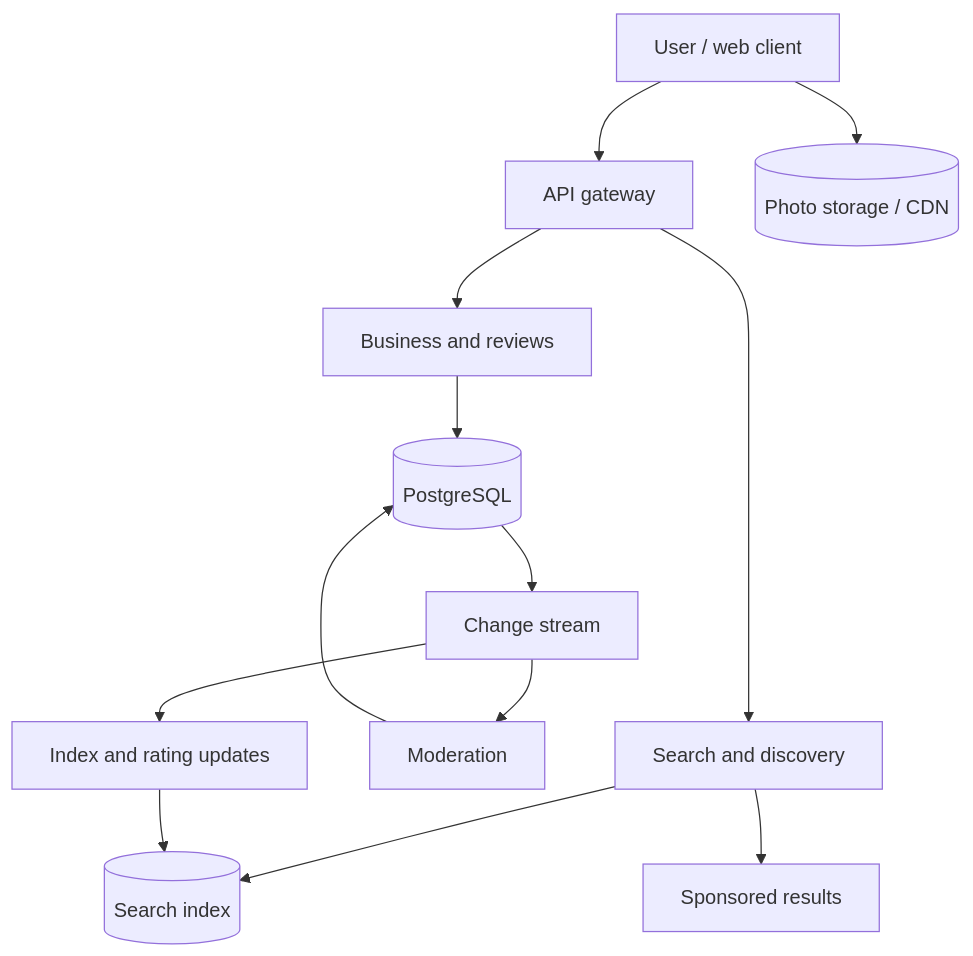
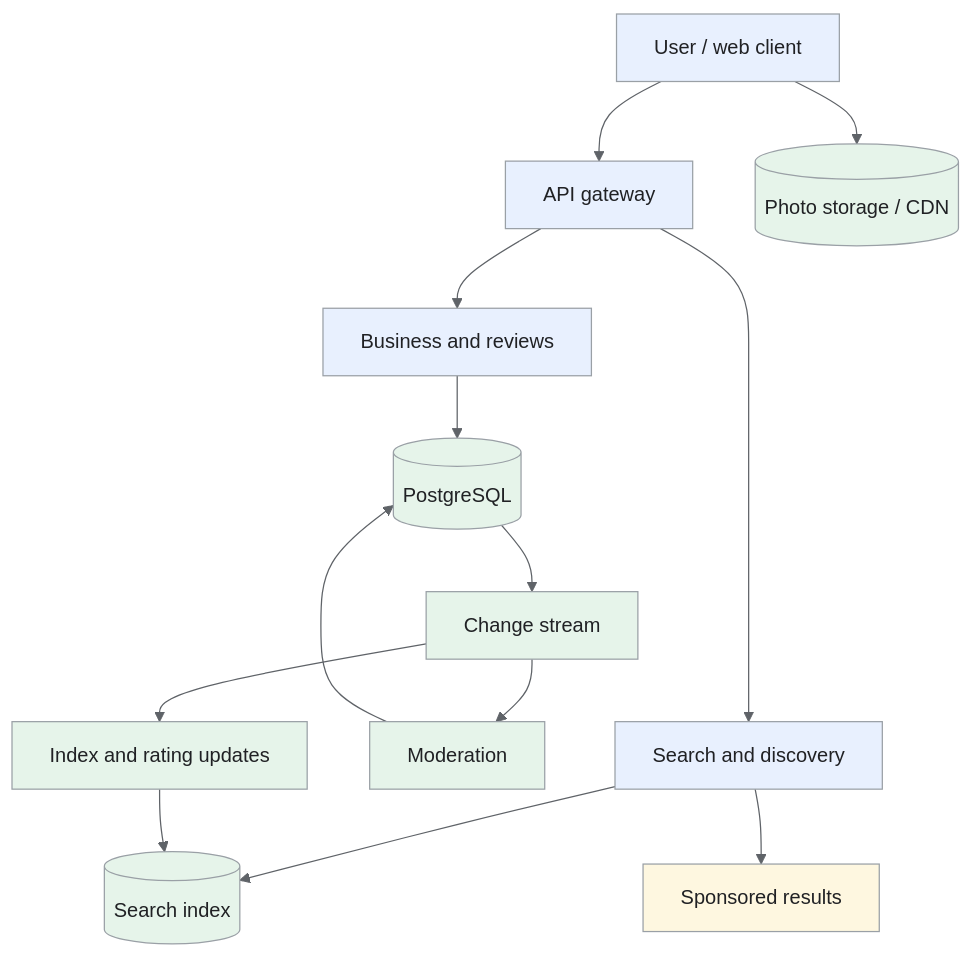
Before and after one commit to iliazlobin/iliazlobin.github.io: the first of 4 diagrams in _designs/yelp.md, drawn with Mermaid. The commit also changed other lines of this file and 25 other files, not shown here.

Commit message:
docs: explain Batch B design flows and tradeoffs

````diff
--- a/_designs/yelp.md
+++ b/_designs/yelp.md
@@ -138,15 +151,23 @@
 ```mermaid
+%%{init: {'theme':'base','themeVariables':{'primaryColor':'#e8f0fe','primaryTextColor':'#202124','primaryBorderColor':'#9aa0a6','lineColor':'#5f6368','secondaryColor':'#e6f4ea','tertiaryColor':'#fef7e0','actorBkg':'#e8f0fe','actorBorder':'#9aa0a6','actorTextColor':'#202124','noteBkgColor':'#fef7e0','noteTextColor':'#202124','noteBorderColor':'#9aa0a6','signalColor':'#5f6368','signalTextColor':'#202124','labelBoxBkgColor':'#fef7e0','labelBoxBorderColor':'#9aa0a6'}}}%%
 flowchart TB
   U["User / web client"] --> API["API gateway"]
   API --> S["Search and discovery"]
   API --> B["Business and reviews"]
   S --> IDX[("Search index")]
   S --> ADS["Sponsored results"]
   B --> PG[("PostgreSQL")]
   U --> OBJ[("Photo storage / CDN")]
   PG --> CDC["Change stream"]
   CDC --> MOD["Moderation"]
   CDC --> IX["Index and rating updates"]
   MOD --> PG
   IX --> IDX
+classDef request fill:#e8f0fe,stroke:#9aa0a6,color:#202124;
+classDef data fill:#e6f4ea,stroke:#9aa0a6,color:#202124;
+classDef control fill:#fef7e0,stroke:#9aa0a6,color:#202124;
+class U,API,S,B request;
+class IDX,PG,OBJ,CDC,MOD,IX data;
+class ADS control;
+
 ```
````
